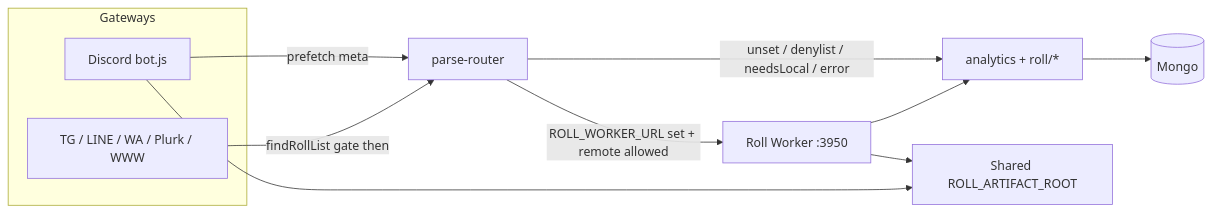
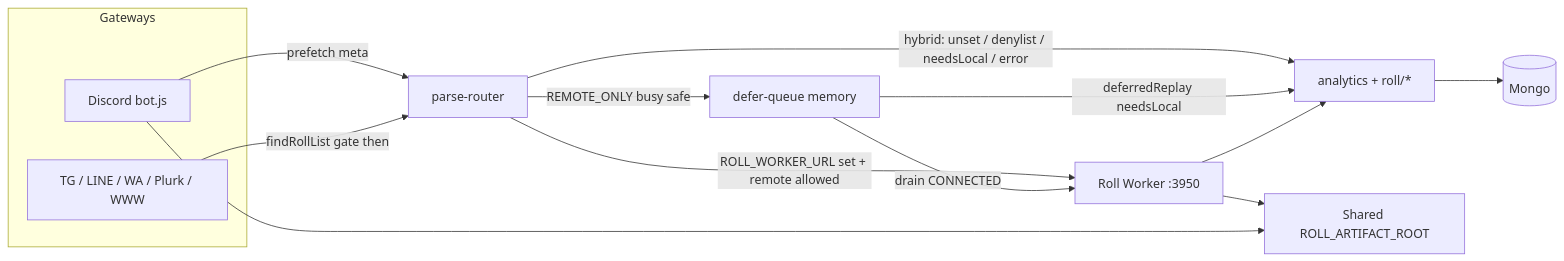
Before and after one commit to hktrpg/TG.line.Discord.Roll.Bot: the diagram in docs/roll-worker.md, drawn with Mermaid. The commit also changed other lines of this file and 20 other files, not shown here.

First line of the commit message:
Add remote-only defer-busy replay queue

````diff
--- a/docs/roll-worker.md
+++ b/docs/roll-worker.md
@@ -131,21 +149,25 @@
 ```mermaid
 flowchart LR
   subgraph Gateways
     D[Discord bot.js]
     T[TG / LINE / WA / Plurk / WWW]
   end
   PR[parse-router]
+  Q[defer-queue memory]
   W[Roll Worker :3950]
   A[analytics + roll/*]
   M[(Mongo)]
   FS[Shared ROLL_ARTIFACT_ROOT]
 
   D -->|prefetch meta| PR
   T -->|findRollList gate then| PR
   PR -->|ROLL_WORKER_URL set + remote allowed| W
-  PR -->|unset / denylist / needsLocal / error| A
+  PR -->|hybrid: unset / denylist / needsLocal / error| A
+  PR -->|REMOTE_ONLY busy safe| Q
+  Q -->|drain CONNECTED| W
+  Q -->|deferredReplay needsLocal| A
   W --> A
   A --> M
   W --> FS
   D --> FS
 ```
````
